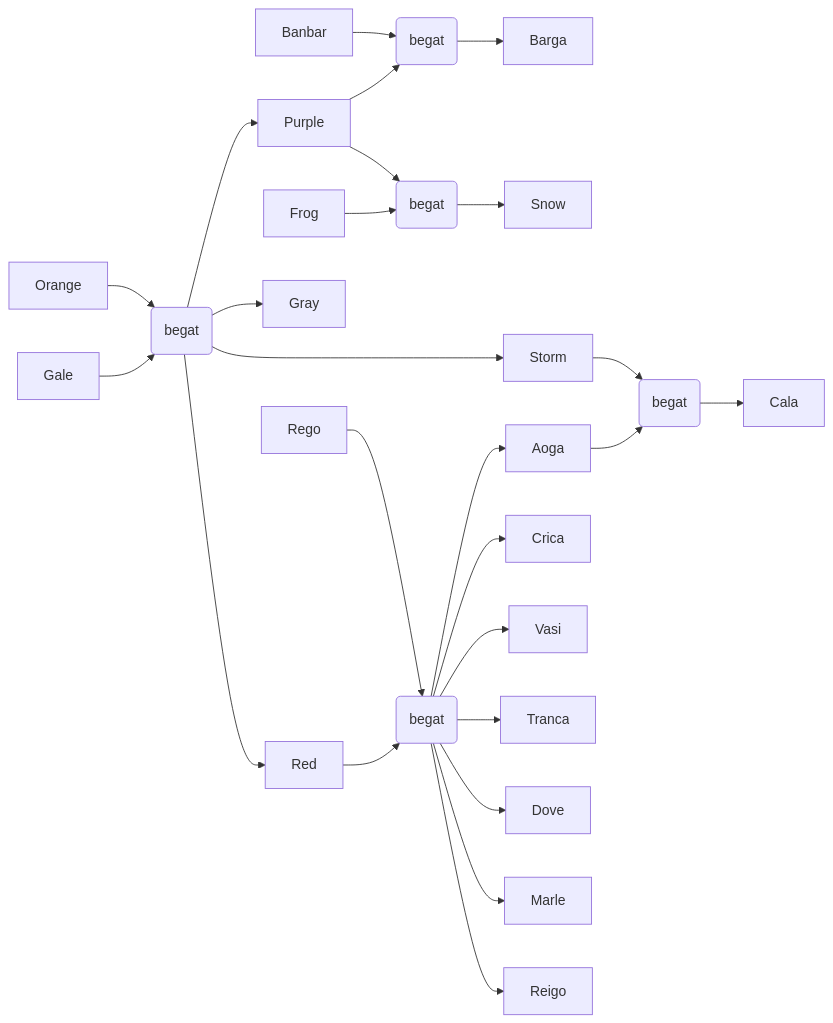
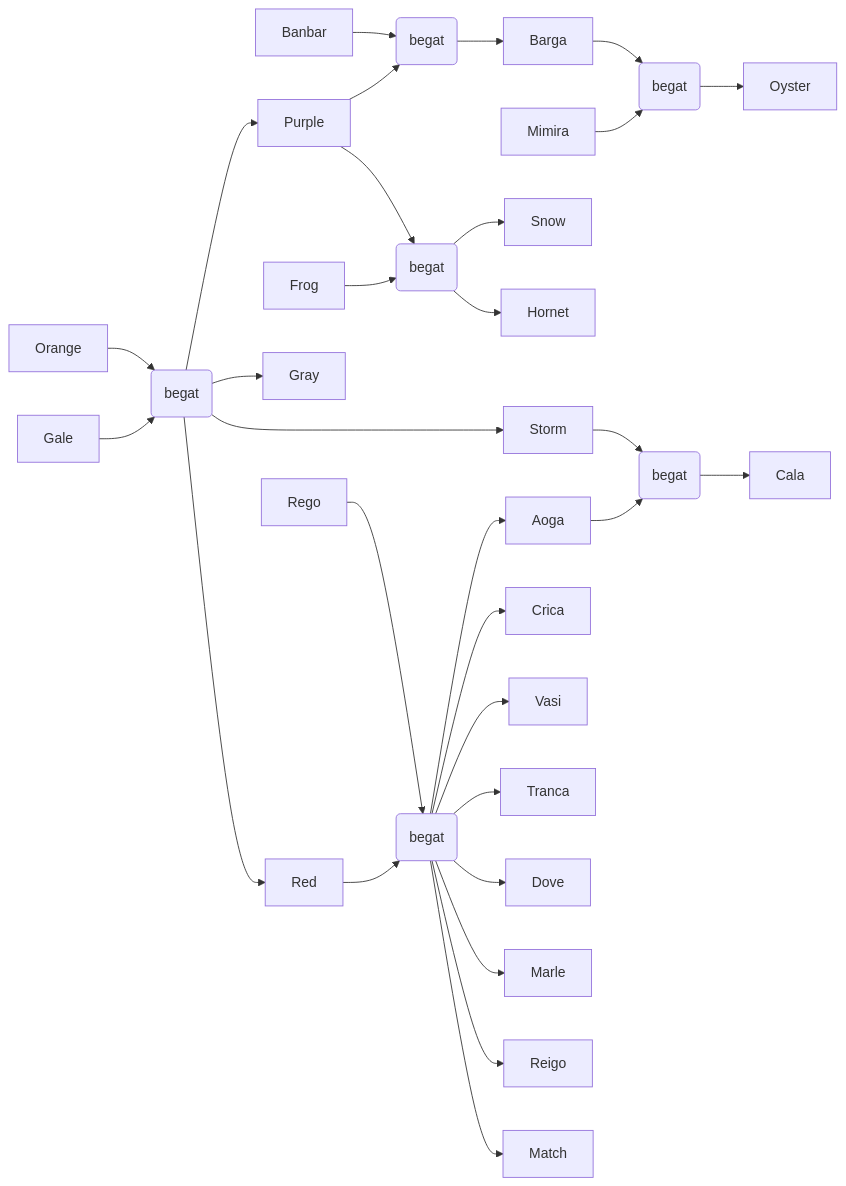
Before and after one commit to WuphonsReach/rimworld-notes: the diagram in plays/BaidaTribe2025/Baida-FamilyTrees.md, drawn with Mermaid. The commit also changed 2 other files, not shown here.

Commit message:
restart the Baida Tribe run

````diff
--- a/plays/BaidaTribe2025/Baida-FamilyTrees.md
+++ b/plays/BaidaTribe2025/Baida-FamilyTrees.md
@@ -5,27 +5,32 @@
 ```mermaid
 flowchart LR
   Orange --> OrangeGale(begat)
   Gale --> OrangeGale(begat)
   Banbar --> PurpleBanbar(begat)
   Purple --> PurpleBanbar(begat)
   PurpleBanbar --> Barga
+  Barga --> BargaMimira(begat)
+  Mimira --> BargaMimira(begat)
+  BargaMimira --> Oyster
   Purple --> PurpleFrog(begat)
   Frog --> PurpleFrog(begat)
   PurpleFrog --> Snow
+  PurpleFrog --> Hornet
   OrangeGale --> Purple
   OrangeGale --> Gray
   OrangeGale --> Storm
   OrangeGale --> Red
   Red --> RedRego(begat)
   Rego --> RedRego(begat)
   RedRego --> Aoga
   RedRego --> Crica
   RedRego --> Vasi
   RedRego --> Tranca
   RedRego --> Dove
   RedRego --> Marle
   RedRego --> Reigo
+  RedRego --> Match
   Aoga --> AogaStorm(begat)
   Storm --> AogaStorm(begat)
   AogaStorm --> Cala
 ```
````
